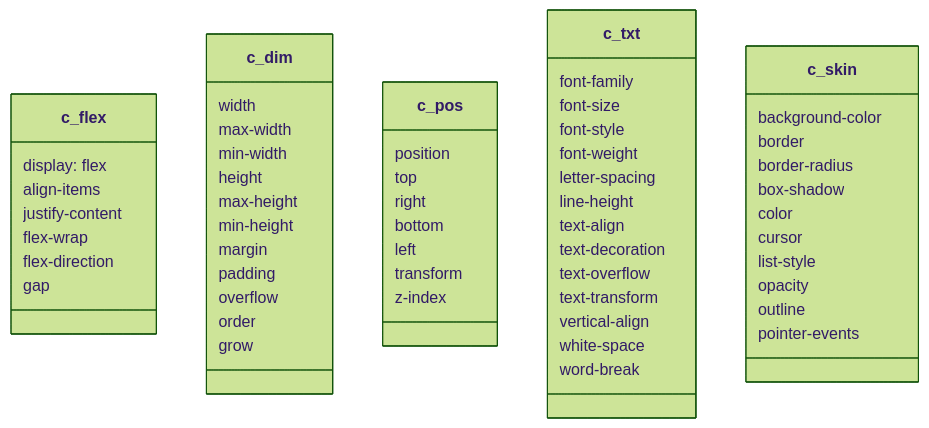
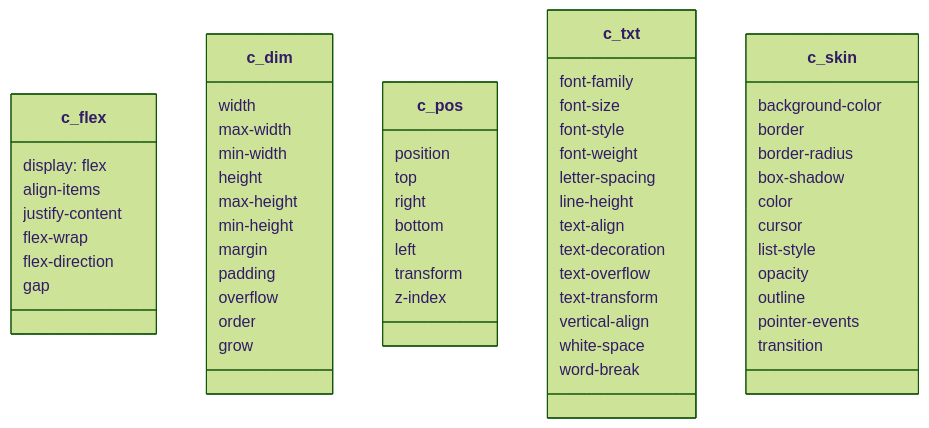
The first of 2 diagrams in README.md (ita-design-system/.github), drawn with Mermaid (forest theme) before and after one commit.

````diff
--- a/README.md
+++ b/README.md
@@ -26,60 +26,61 @@
 ```mermaid
 classDiagram
     class c_flex {
         display: flex
         align-items
         justify-content
         flex-wrap
         flex-direction
         gap
     }
     class c_dim {
         width
         max-width
         min-width
         height
         max-height
         min-height
         margin
         padding
         overflow
         order
         grow
     }
     class c_pos {
         position
         top
         right
         bottom
         left
         transform
         z-index
     }
     class c_txt {
         font-family
         font-size
         font-style
         font-weight
         letter-spacing
         line-height
         text-align
         text-decoration
         text-overflow
         text-transform
         vertical-align
         white-space
         word-break
     }
     class c_skin {
         background-color
         border
         border-radius
         box-shadow
         color
         cursor
         list-style
         opacity
         outline
         pointer-events
+        transition
     }
  ```
````
